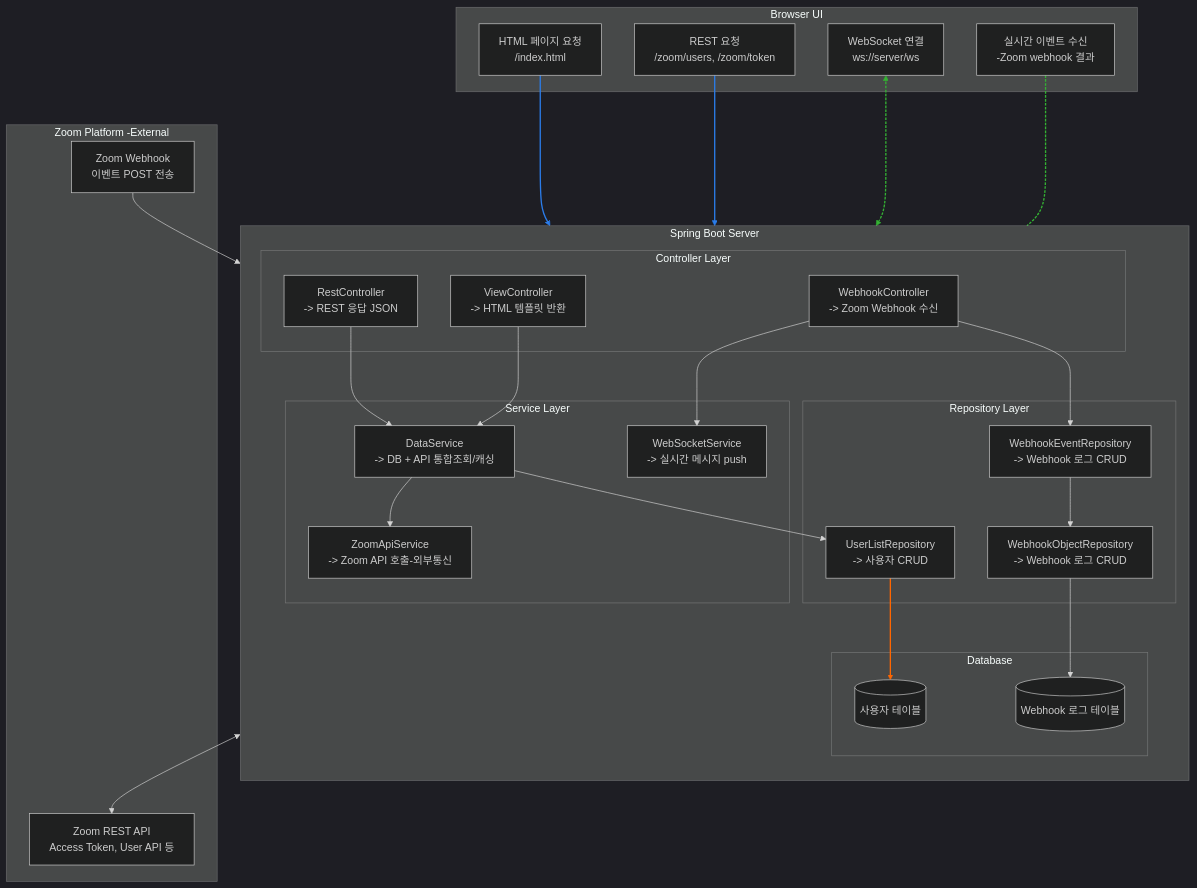
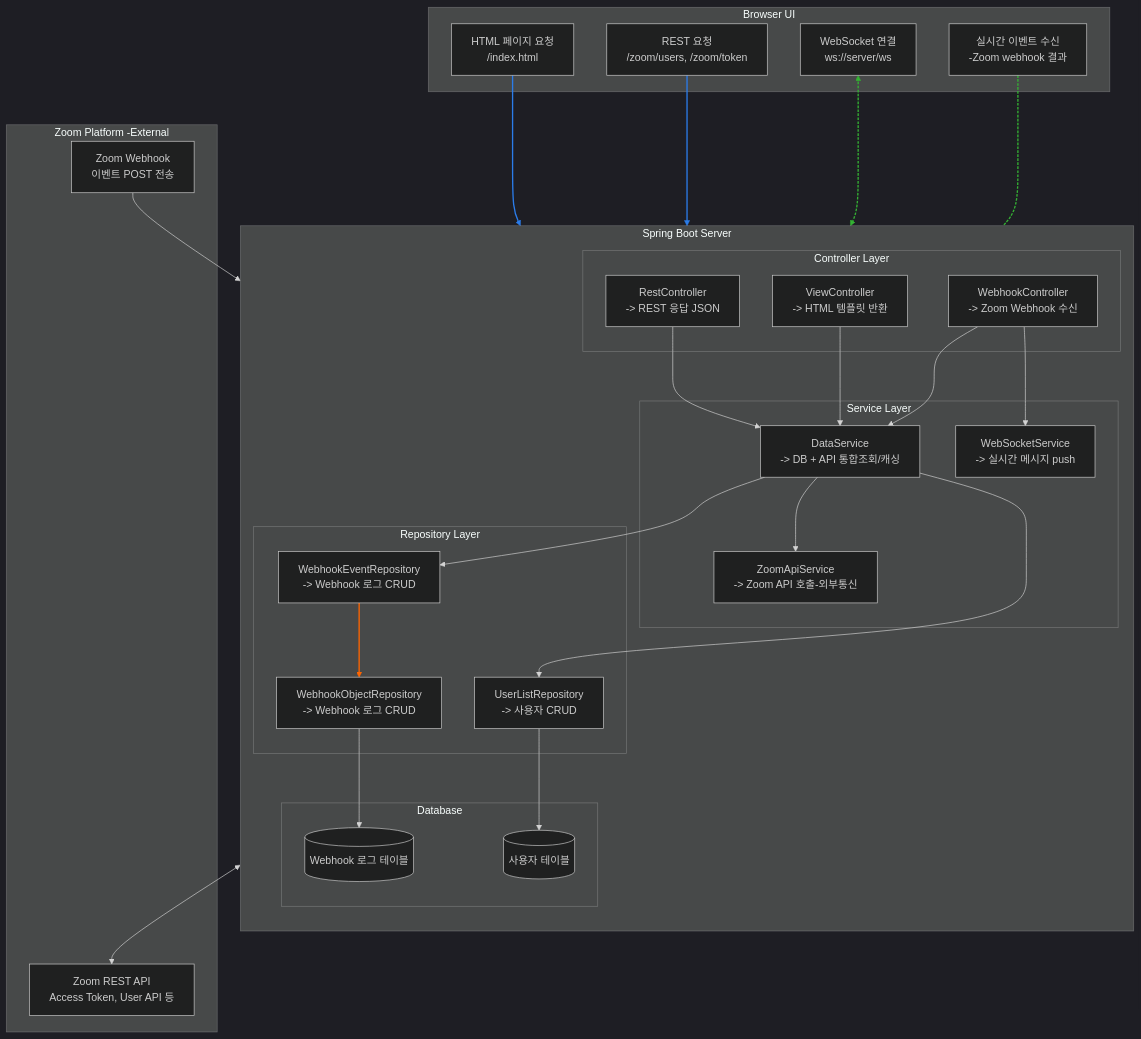
Before and after one commit to jisu-arisys/zoomOauth: the diagram in webhook.md, drawn with Mermaid (dark theme). The commit also changed other lines of this file and 7 other files, not shown here.

```diff
--- a/webhook.md
+++ b/webhook.md
@@ -223,15 +232,15 @@
 C1 --> SV4
 C3 --> SV4
 C4 --> SV5
-C4 --> RP1 --> RP3 --> D1
+C4 --> SV4
     
 SV4 --> SV1
 SV4 --> RP2 --> D2
+SV4 --> RP1
+RP1 --> RP3 --> D1
 
 Z2 --> C4
-
 SV1 <--> Z1
-
 
 %% =============================
 %% 화살표 스타일 및 주석
```
